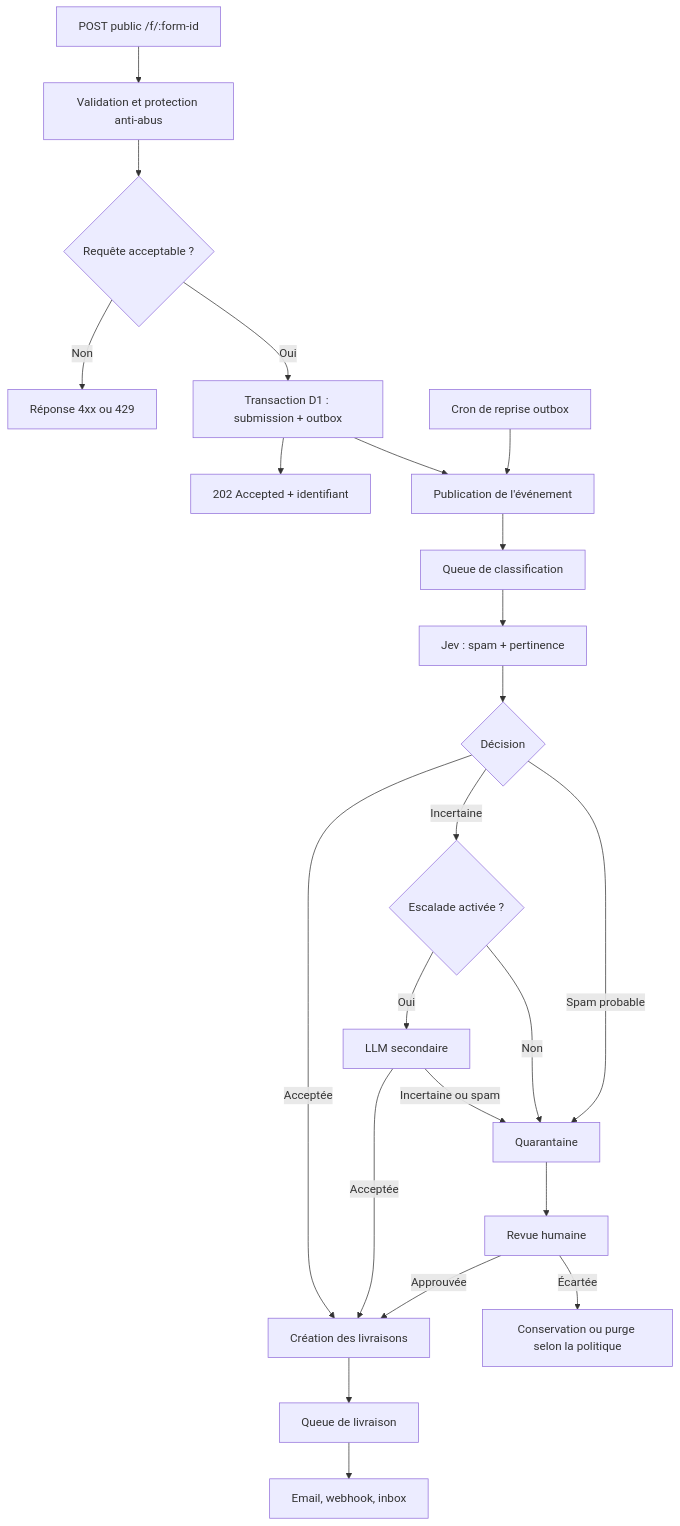
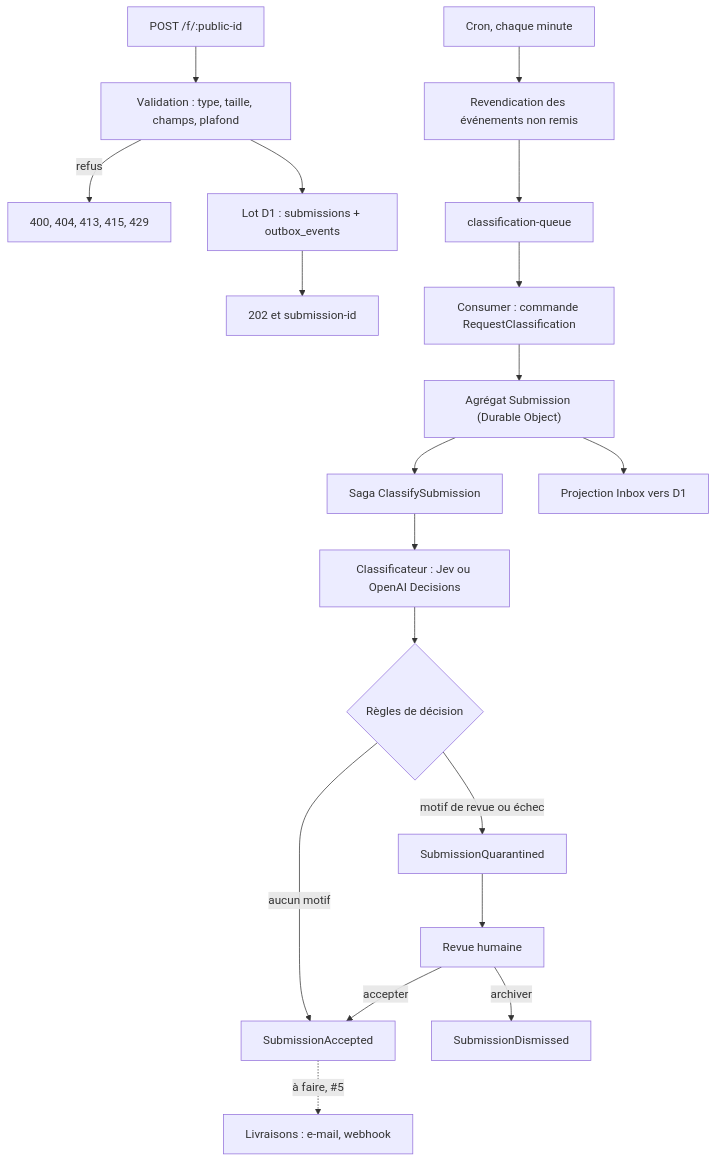
Before and after one commit to basaltbytes/rondyr: the diagram in architecture.md, drawn with Mermaid. The commit also changed other lines of this file and 3 other files, not shown here.

First line of the commit message:
Rewrite the architecture document and README against the current code

````diff
--- a/architecture.md
+++ b/architecture.md
@@ -76,25 +67,21 @@
 ```mermaid
 flowchart TD
-  A[POST public /f/:form-id] --> B[Validation et protection anti-abus]
-  B --> C{Requête acceptable ?}
-  C -->|Non| D[Réponse 4xx ou 429]
-  C -->|Oui| E[Transaction D1 : submission + outbox]
-  E --> F[202 Accepted + identifiant]
-  E --> G[Publication de l'événement]
-  G --> H[Queue de classification]
-  H --> I[Jev : spam + pertinence]
-  I --> J{Décision}
-  J -->|Acceptée| K[Création des livraisons]
-  J -->|Incertaine| L{Escalade activée ?}
-  J -->|Spam probable| M[Quarantaine]
-  L -->|Oui| N[LLM secondaire]
-  L -->|Non| M
-  N -->|Acceptée| K
-  N -->|Incertaine ou spam| M
-  K --> O[Queue de livraison]
-  O --> P[Email, webhook, inbox]
-  M --> Q[Revue humaine]
-  Q -->|Approuvée| K
-  Q -->|Écartée| R[Conservation ou purge selon la politique]
-  S[Cron de reprise outbox] --> G
+  A["POST /f/:public-id"] --> B["Validation : type, taille, champs, plafond"]
+  B -->|refus| C["400, 404, 413, 415, 429"]
+  B --> D["Lot D1 : submissions + outbox_events"]
+  D --> E["202 et submission-id"]
+  F["Cron, chaque minute"] --> G["Revendication des événements non remis"]
+  G --> H["classification-queue"]
+  H --> I["Consumer : commande RequestClassification"]
+  I --> J["Agrégat Submission (Durable Object)"]
+  J --> K["Saga ClassifySubmission"]
+  K --> L["Classificateur : Jev ou OpenAI Decisions"]
+  L --> M{"Règles de décision"}
+  M -->|aucun motif| N["SubmissionAccepted"]
+  M -->|motif de revue ou échec| O["SubmissionQuarantined"]
+  O --> P["Revue humaine"]
+  P -->|accepter| N
+  P -->|archiver| Q["SubmissionDismissed"]
+  J --> R["Projection Inbox vers D1"]
+  N -.->|à faire, #5| S["Livraisons : e-mail, webhook"]
 ```
````
